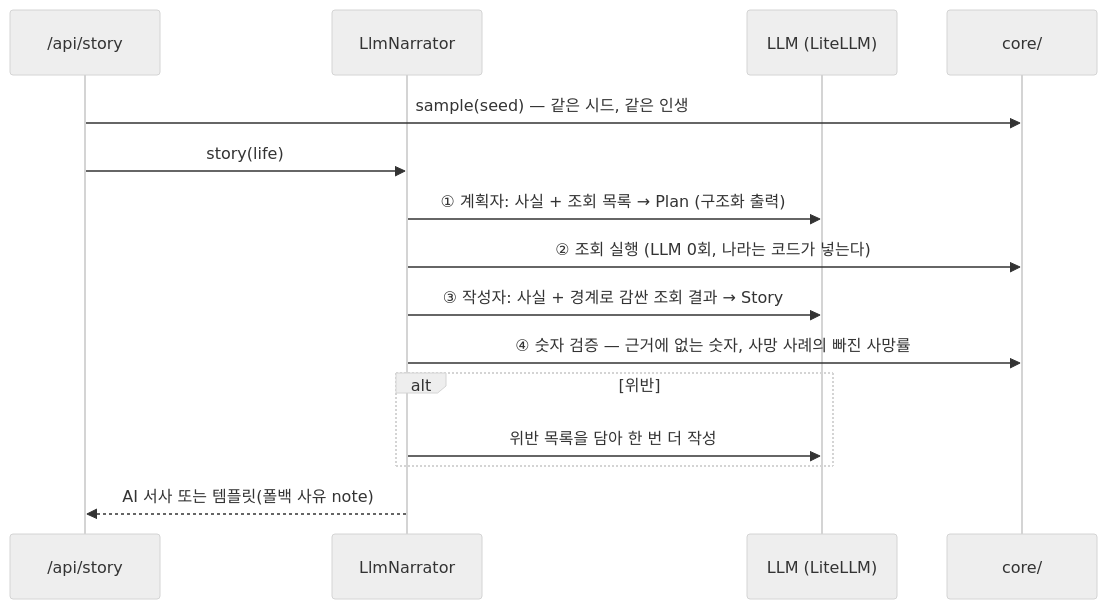
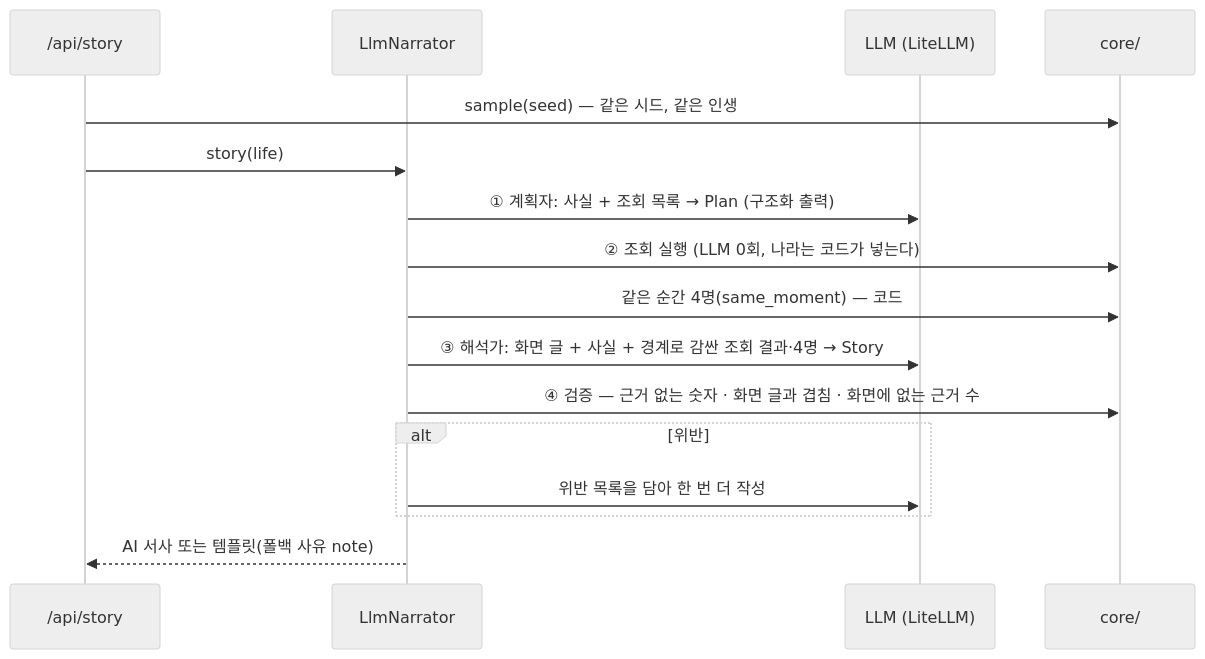
Before and after one commit to wallaby150/ai_service_engineering-track_a: the second of 2 diagrams in docs/architecture.md, drawn with Mermaid (neutral theme). The commit also changed other lines of this file and 4 other files, not shown here.

````diff
--- a/docs/architecture.md
+++ b/docs/architecture.md
@@ -67,17 +70,18 @@
 ```mermaid
 sequenceDiagram
   participant API as /api/story
   participant N as LlmNarrator
   participant M as LLM (LiteLLM)
   participant C as core/
   API->>C: sample(seed) — 같은 시드, 같은 인생
   API->>N: story(life)
   N->>M: ① 계획자: 사실 + 조회 목록 → Plan (구조화 출력)
   N->>C: ② 조회 실행 (LLM 0회, 나라는 코드가 넣는다)
-  N->>M: ③ 작성자: 사실 + 경계로 감싼 조회 결과 → Story
-  N->>C: ④ 숫자 검증 — 근거에 없는 숫자, 사망 사례의 빠진 사망률
+  N->>C: 같은 순간 4명(same_moment) — 코드
+  N->>M: ③ 해석가: 화면 글 + 사실 + 경계로 감싼 조회 결과·4명 → Story
+  N->>C: ④ 검증 — 근거 없는 숫자 · 화면 글과 겹침 · 화면에 없는 근거 수
   alt 위반
     N->>M: 위반 목록을 담아 한 번 더 작성
   end
   N-->>API: AI 서사 또는 템플릿(폴백 사유 note)
 ```
````
